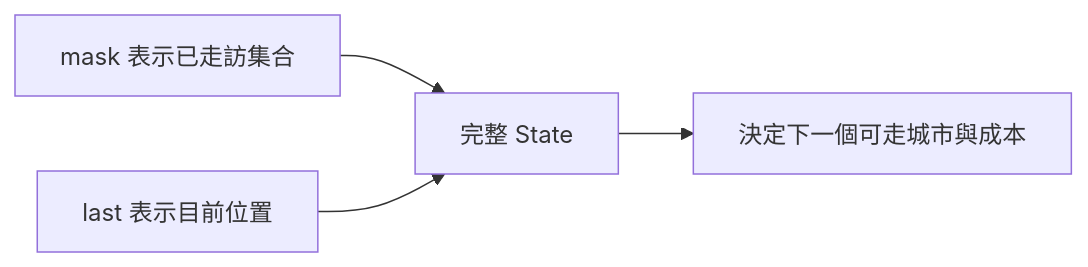
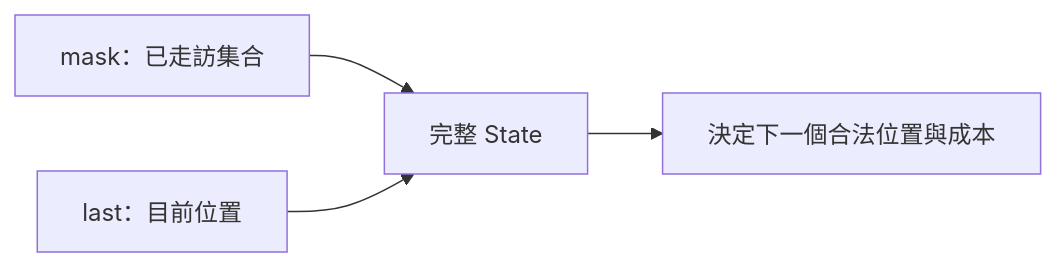
The second of 3 diagrams in 09_dynamic_programming/44_state_compression_dp.md (davidchen0970/algorithm_note), drawn with Mermaid before and after one commit. The commit also changed other lines of this file and 1 other file, not shown here.

````diff
--- a/09_dynamic_programming/44_state_compression_dp.md
+++ b/09_dynamic_programming/44_state_compression_dp.md
@@ -247,6 +326,6 @@
 ```mermaid
 flowchart LR
-    A["mask 表示已走訪集合"] --> C["完整 State"]
-    B["last 表示目前位置"] --> C
-    C --> D["決定下一個可走城市與成本"]
+    A["mask：已走訪集合"] --> C["完整 State"]
+    B["last：目前位置"] --> C
+    C --> D["決定下一個合法位置與成本"]
 ```
````
